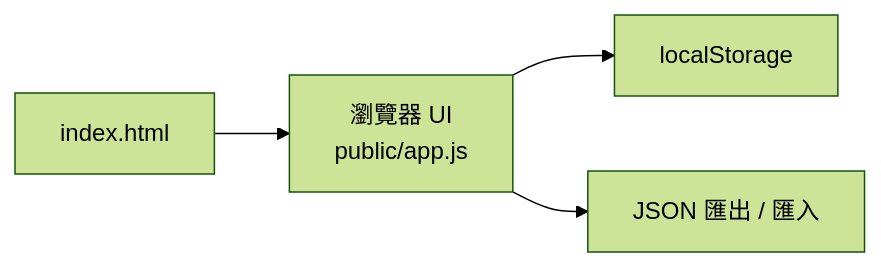
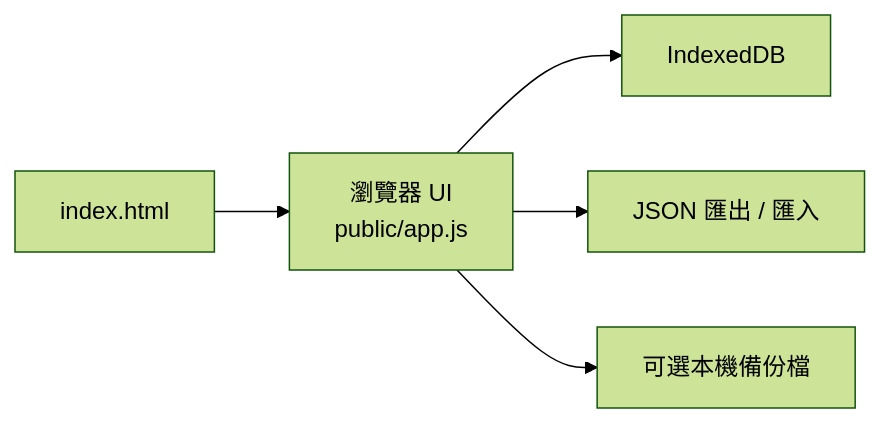
One commit to llamadayo/mis-manager changed the diagram in README.md. Above: the diagram before and after it, drawn with Mermaid (forest theme). The commit also changed other lines of this file and 2 other files, not shown here.

Commit message:
Use IndexedDB with local JSON backups

````diff
--- a/README.md
+++ b/README.md
@@ -72,6 +79,7 @@
 ```mermaid
 flowchart LR
   File["index.html"] --> Browser["瀏覽器 UI<br>public/app.js"]
-  Browser --> Storage["localStorage"]
+  Browser --> Storage["IndexedDB"]
   Browser --> Backup["JSON 匯出 / 匯入"]
+  Browser --> LocalFile["可選本機備份檔"]
 ```
````
